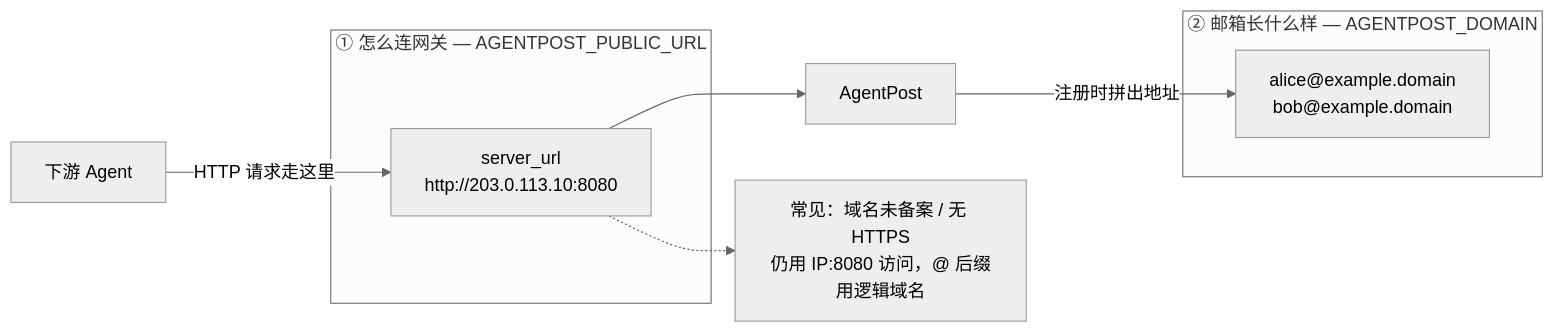
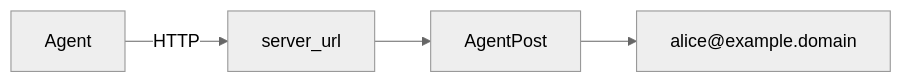
The second of 3 diagrams in README.md (TBodyAltra/AgentPost), drawn with Mermaid (neutral theme) before and after one commit. The commit also changed other lines of this file and 1 other file, not shown here.

First line of the commit message:
docs: streamline README, add roadmap, de-emphasize rate limits

````diff
--- a/README.md
+++ b/README.md
@@ -58,17 +54,6 @@
 ```mermaid
 flowchart LR
-  subgraph how["① 怎么连网关 — AGENTPOST_PUBLIC_URL"]
-    URL["server_url\nhttp://203.0.113.10:8080"]
-  end
-
-  subgraph what["② 邮箱长什么样 — AGENTPOST_DOMAIN"]
-    MAIL["alice@example.domain\nbob@example.domain"]
-  end
-
-  AG["下游 Agent"] -->|"HTTP 请求走这里"| URL
-  URL --> GW2["AgentPost"]
-  GW2 -->|"注册时拼出地址"| MAIL
-
-  NOTE["常见：域名未备案 / 无 HTTPS\n仍用 IP:8080 访问，@ 后缀用逻辑域名"]
-  URL -.-> NOTE
+  AG["Agent"] -->|"HTTP"| URL["server_url"]
+  URL --> GW["AgentPost"]
+  GW --> MAIL["alice@example.domain"]
 ```
````
